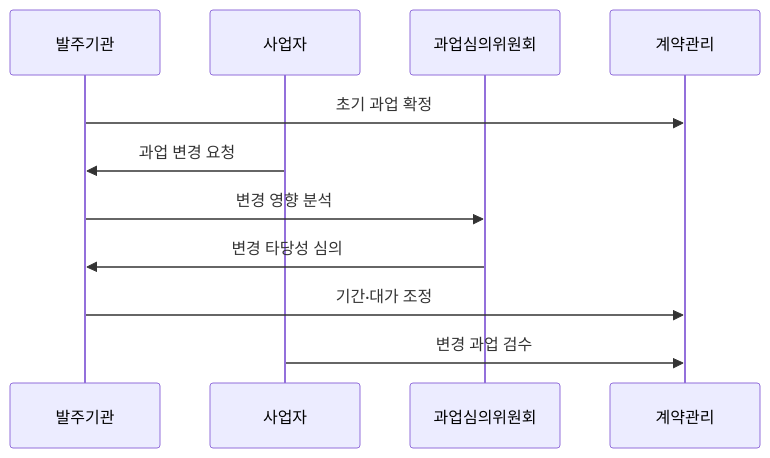
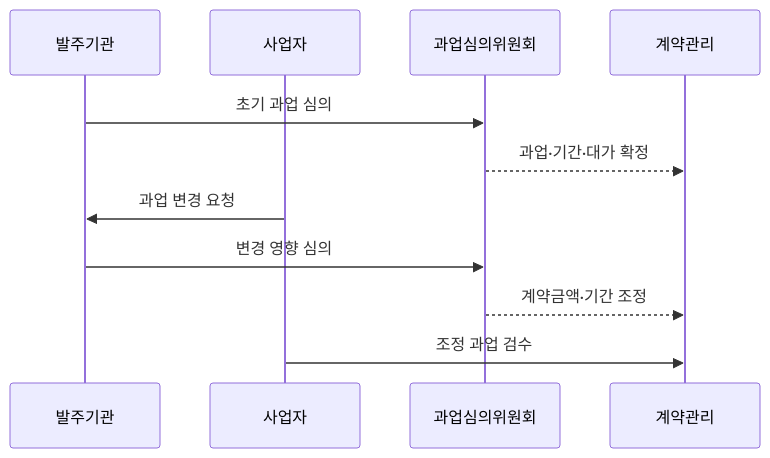
The second of 2 diagrams in src/content/docs/notes/03-software/227_software_promotion_act.md (agnusdei1207/knowledge-base), drawn with Mermaid before and after one commit. The commit also changed other lines of this file and 1 other file, not shown here.

````diff
--- a/src/content/docs/notes/03-software/227_software_promotion_act.md
+++ b/src/content/docs/notes/03-software/227_software_promotion_act.md
@@ -80,13 +80,13 @@
 ```mermaid
 sequenceDiagram
     participant 발주기관
     participant 사업자
     participant 과업심의위원회
     participant 계약관리
-    발주기관->>계약관리: 초기 과업 확정
+    발주기관->>과업심의위원회: 초기 과업 심의
+    과업심의위원회-->>계약관리: 과업·기간·대가 확정
     사업자->>발주기관: 과업 변경 요청
-    발주기관->>과업심의위원회: 변경 영향 분석
-    과업심의위원회->>발주기관: 변경 타당성 심의
-    발주기관->>계약관리: 기간·대가 조정
-    사업자->>계약관리: 변경 과업 검수
+    발주기관->>과업심의위원회: 변경 영향 심의
+    과업심의위원회-->>계약관리: 계약금액·기간 조정
+    사업자->>계약관리: 조정 과업 검수
 ```
````
